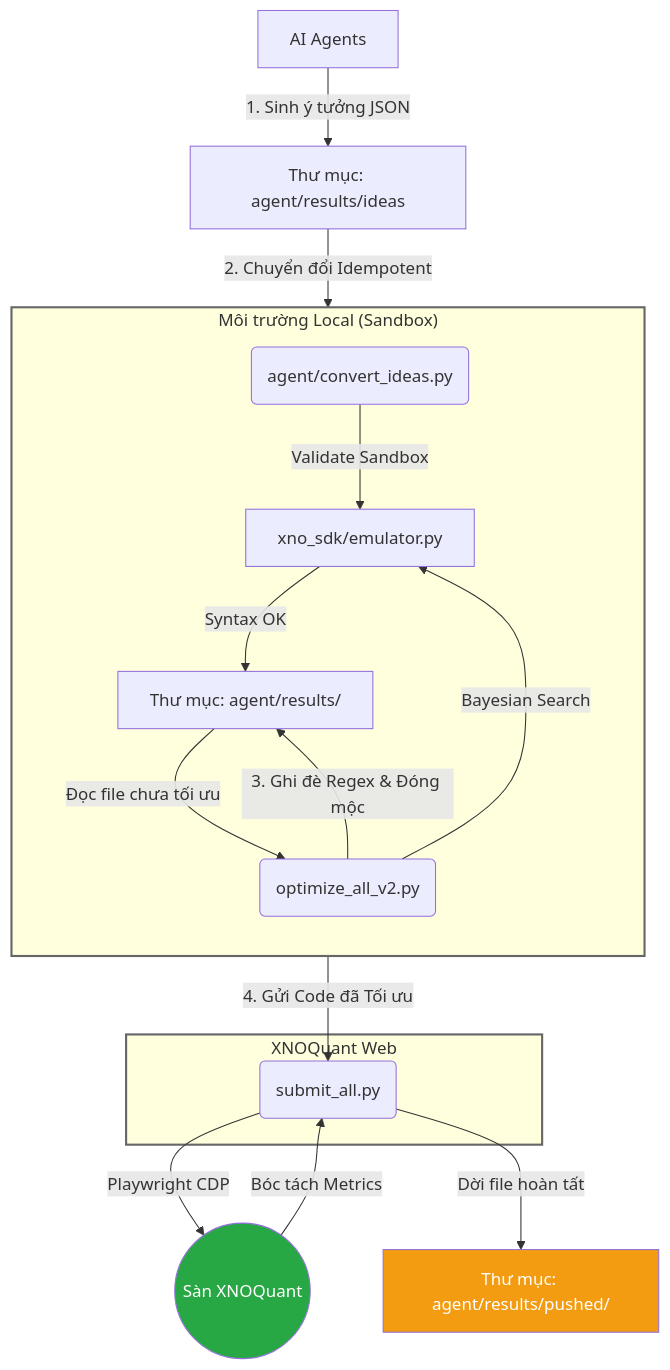
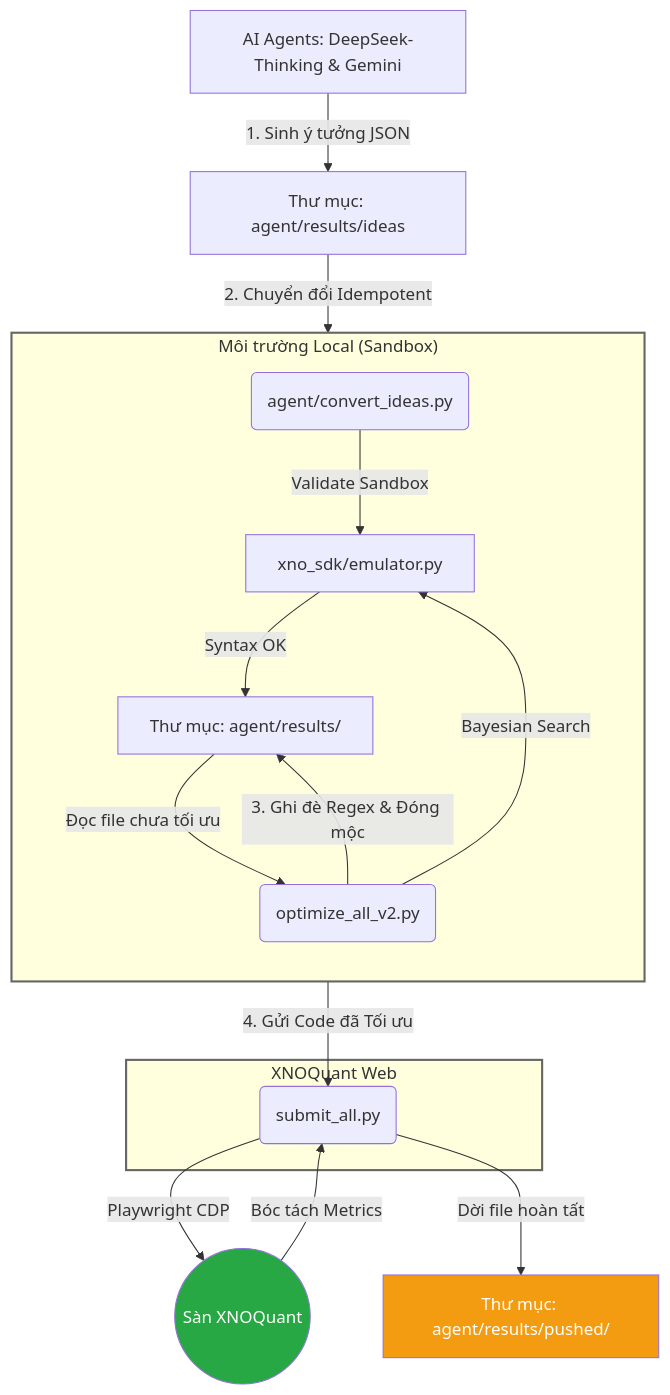
The diagram in README.md (NguyenTrungAnh-ultra/alpha_farm), drawn with Mermaid before and after one commit. The commit also changed other lines of this file and 17 other files, not shown here.

````diff
--- a/README.md
+++ b/README.md
@@ -9,29 +9,29 @@
 ```mermaid
 graph TD
-    subagent[AI Agents] -->|1. Sinh ý tưởng JSON| agent_ideas[Thư mục: agent/results/ideas]
+    subagent[AI Agents: DeepSeek-Thinking & Gemini] -->|1. Sinh ý tưởng JSON| agent_ideas[Thư mục: agent/results/ideas]
     agent_ideas -->|2. Chuyển đổi Idempotent| convert(agent/convert_ideas.py)
     
     subgraph Local_Environment ["Môi trường Local (Sandbox)"]
         direction TB
         convert -->|Validate Sandbox| xno_emu[xno_sdk/emulator.py]
         xno_emu -->|Syntax OK| agent_res[Thư mục: agent/results/]
         
         agent_res -->|Đọc file chưa tối ưu| opt(optimize_all_v2.py)
         opt -->|Bayesian Search| xno_emu
         opt -->|3. Ghi đè Regex & Đóng mộc| agent_res
     end
 
     subgraph Web_Environment ["XNOQuant Web"]
         auto_sub(submit_all.py)
     end
 
     agent_res -->|4. Gửi Code đã Tối ưu| auto_sub
     auto_sub -->|Playwright CDP| xno_web((Sàn XNOQuant))
     xno_web -->|Bóc tách Metrics| auto_sub
     auto_sub -->|Dời file hoàn tất| pushed[Thư mục: agent/results/pushed/]
 
     style Local_Environment stroke:#666,stroke-width:2px
     style Web_Environment stroke:#666,stroke-width:2px
     style xno_web fill:#28a745,color:#fff
     style pushed fill:#f39c12,color:#fff
 ```
````
